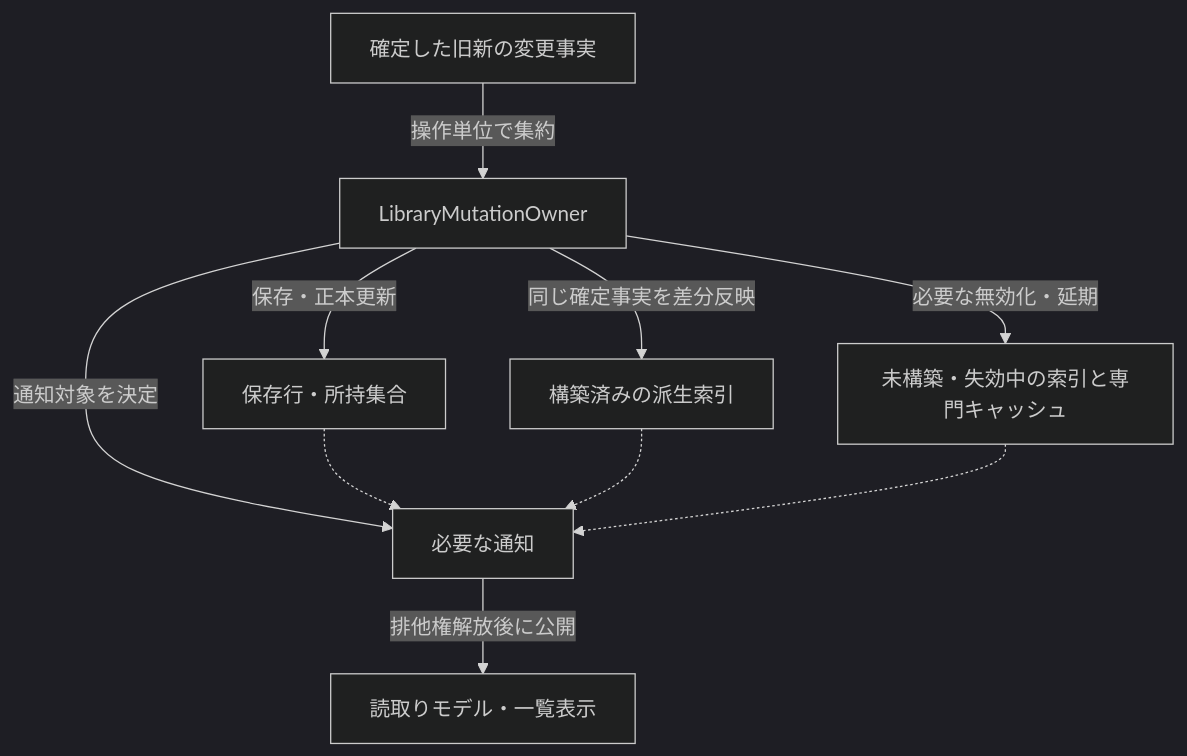
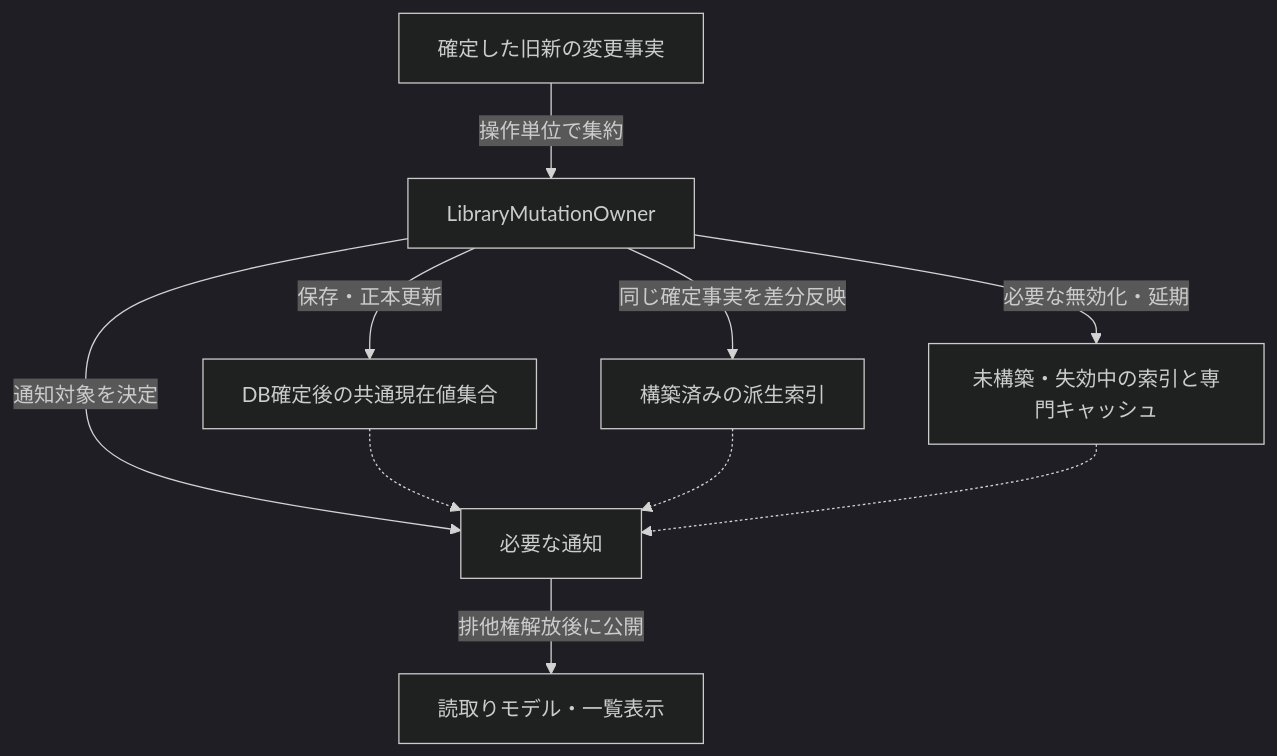
One commit to Neeted/bemusicseeker-unofficial-fork changed the first of 2 diagrams in devdocs/spec/core/data-and-indexes.md. Above: the diagram before and after it, drawn with Mermaid (dark theme). The commit also changed other lines of this file and 297 other files, not shown here.

````diff
--- a/devdocs/spec/core/data-and-indexes.md
+++ b/devdocs/spec/core/data-and-indexes.md
@@ -87,12 +82,12 @@
 ```mermaid
 flowchart TB
     Facts["確定した旧新の変更事実"] -->|操作単位で集約| Owner["LibraryMutationOwner"]
-    Owner -->|保存・正本更新| Catalog["保存行・所持集合"]
+    Owner -->|保存・正本更新| Catalog["DB確定後の共通現在値集合"]
     Owner -->|同じ確定事実を差分反映| Indexes["構築済みの派生索引"]
     Owner -->|必要な無効化・延期| Lazy["未構築・失効中の索引と専門キャッシュ"]
     Owner -->|通知対象を決定| Notifications["必要な通知"]
     Catalog -.-> Notifications
     Indexes -.-> Notifications
     Lazy -.-> Notifications
     Notifications -->|排他権解放後に公開| View["読取りモデル・一覧表示"]
 ```
````
